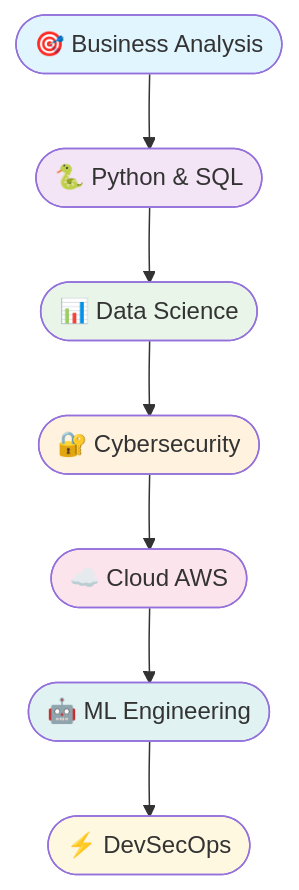
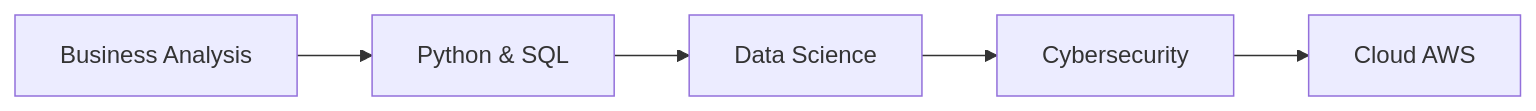
Before and after one commit to AldBer/DataScience-Portfolio: the diagram in README.md, drawn with Mermaid. The commit also changed other lines of this file and 38 other files, not shown here.

`````diff
--- a/README.md
+++ b/README.md
@@ -68,17 +47,7 @@
 ```mermaid
-graph TB
-    A([🎯 Business Analysis]) --> B([🐍 Python & SQL])
-    B --> C([📊 Data Science])
-    C --> D([🔐 Cybersecurity])
-    D --> E([☁️ Cloud AWS])
-    E --> F([🤖 ML Engineering])
-    F --> G([⚡ DevSecOps])
-    
-    style A fill:#e1f5fe
-    style B fill:#f3e5f5
-    style C fill:#e8f5e8
-    style D fill:#fff3e0
-    style E fill:#fce4ec
-    style F fill:#e0f2f1
-    style G fill:#fff8e1
-````
+graph LR
+    A[Business Analysis] --> B[Python & SQL]
+    B --> C[Data Science]
+    C --> D[Cybersecurity]
+    D --> E[Cloud AWS]
+```
`````
